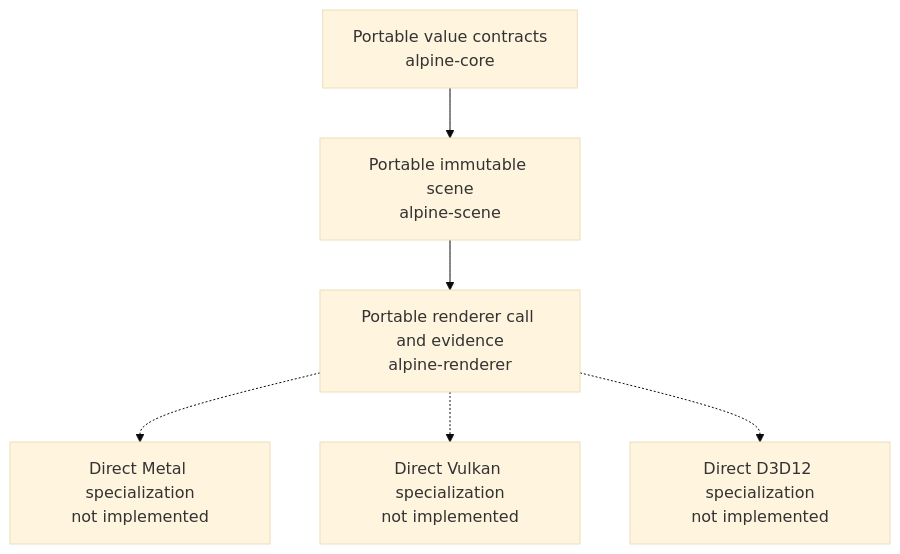
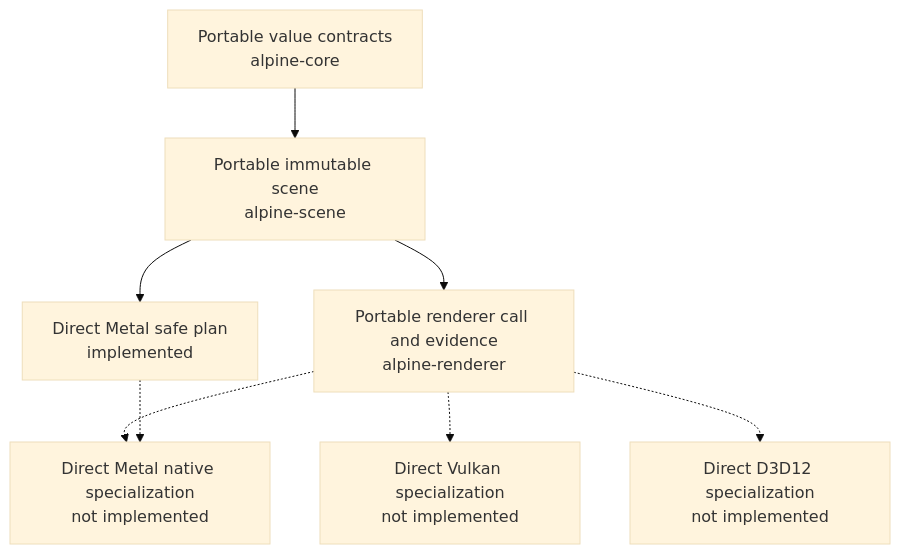
The fifth of 7 diagrams in ARCHITECTURE.md (dbuddha/alpine-gpui), drawn with Mermaid (base theme) before and after one commit. The commit also changed other lines of this file and 16 other files, not shown here.

````diff
--- a/ARCHITECTURE.md
+++ b/ARCHITECTURE.md
@@ -134,14 +169,17 @@
 ```mermaid
 flowchart TB
     core["Portable value contracts<br/>alpine-core"]
     scene["Portable immutable scene<br/>alpine-scene"]
     contract["Portable renderer call and evidence<br/>alpine-renderer"]
-    metal["Direct Metal specialization<br/>not implemented"]
+    metal_plan["Direct Metal safe plan<br/>implemented"]
+    metal_native["Direct Metal native specialization<br/>not implemented"]
     vulkan["Direct Vulkan specialization<br/>not implemented"]
     d3d12["Direct D3D12 specialization<br/>not implemented"]
 
     core --> scene --> contract
-    contract -.-> metal
+    scene --> metal_plan
+    contract -.-> metal_native
+    metal_plan -.-> metal_native
     contract -.-> vulkan
     contract -.-> d3d12
 ```
````
